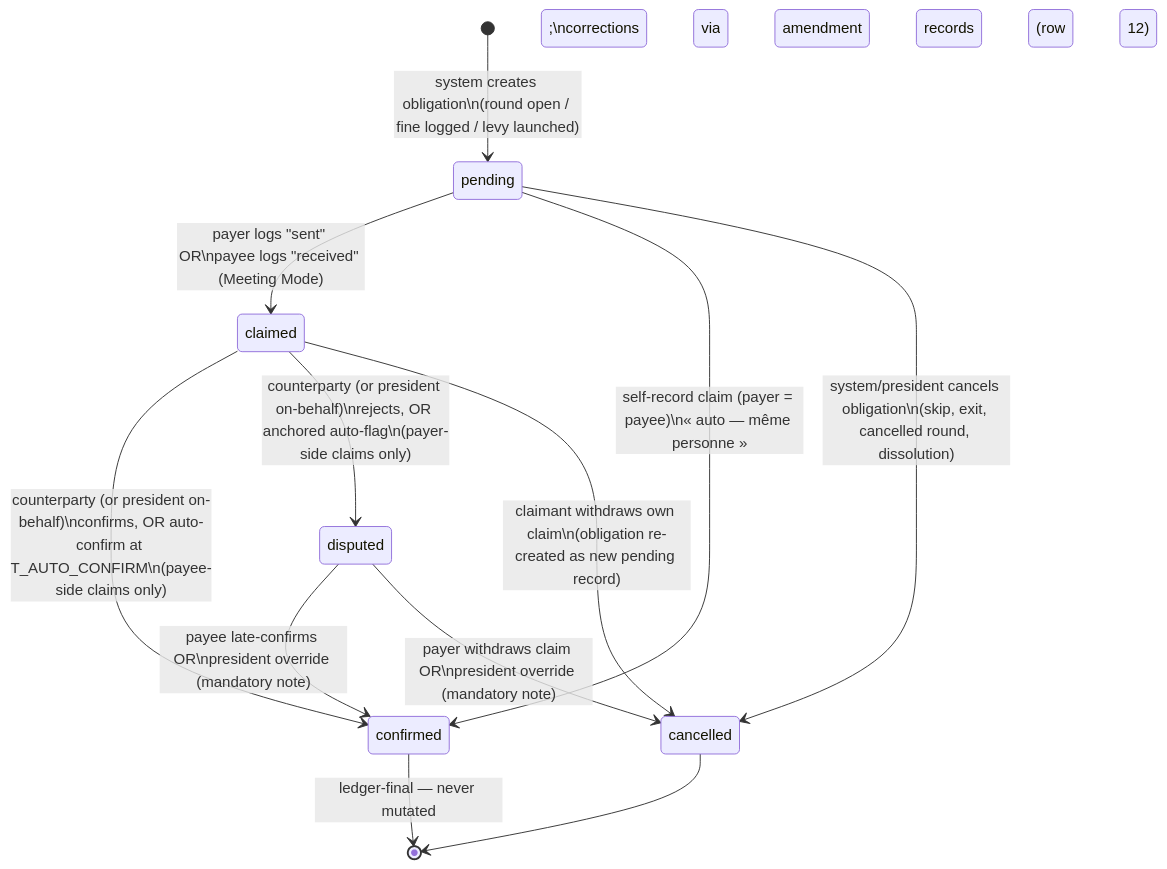
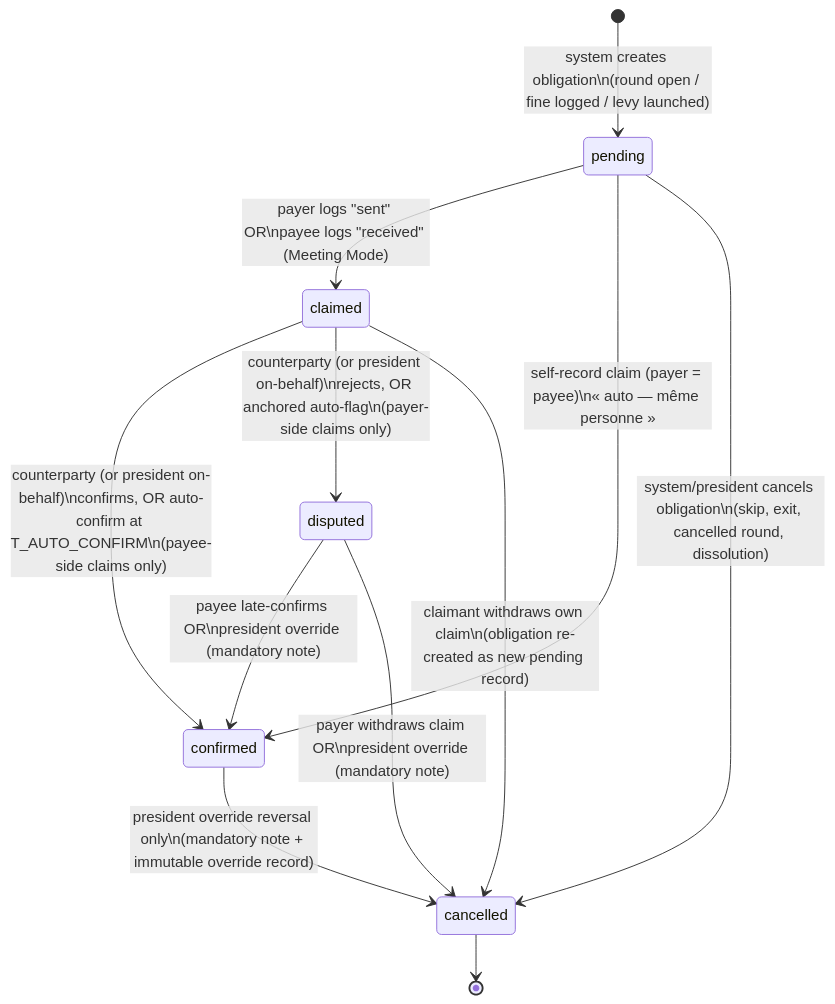
The fourth of 4 diagrams in docs/02-lifecycle-state-machines.md (truesignal-digital/njangui), drawn with Mermaid before and after one commit. The commit also changed other lines of this file and 7 other files, not shown here.

````diff
--- a/docs/02-lifecycle-state-machines.md
+++ b/docs/02-lifecycle-state-machines.md
@@ -175,14 +175,14 @@
 ```mermaid
 stateDiagram-v2
     [*] --> pending : system creates obligation\n(round open / fine logged / levy launched)
     pending --> claimed : payer logs "sent" OR\npayee logs "received" (Meeting Mode)
     pending --> confirmed : self-record claim (payer = payee)\n« auto — même personne »
     pending --> cancelled : system/president cancels obligation\n(skip, exit, cancelled round, dissolution)
     claimed --> confirmed : counterparty (or president on-behalf)\nconfirms, OR auto-confirm at T_AUTO_CONFIRM\n(payee-side claims only)
     claimed --> disputed : counterparty (or president on-behalf)\nrejects, OR anchored auto-flag\n(payer-side claims only)
     claimed --> cancelled : claimant withdraws own claim\n(obligation re-created as new pending record)
     disputed --> confirmed : payee late-confirms OR\npresident override (mandatory note)
     disputed --> cancelled : payer withdraws claim OR\npresident override (mandatory note)
-    confirmed --> [*] : ledger-final — never mutated;\ncorrections via amendment records (row 12)
+    confirmed --> cancelled : president override reversal only\n(mandatory note + immutable override record)
     cancelled --> [*]
 ```
````
